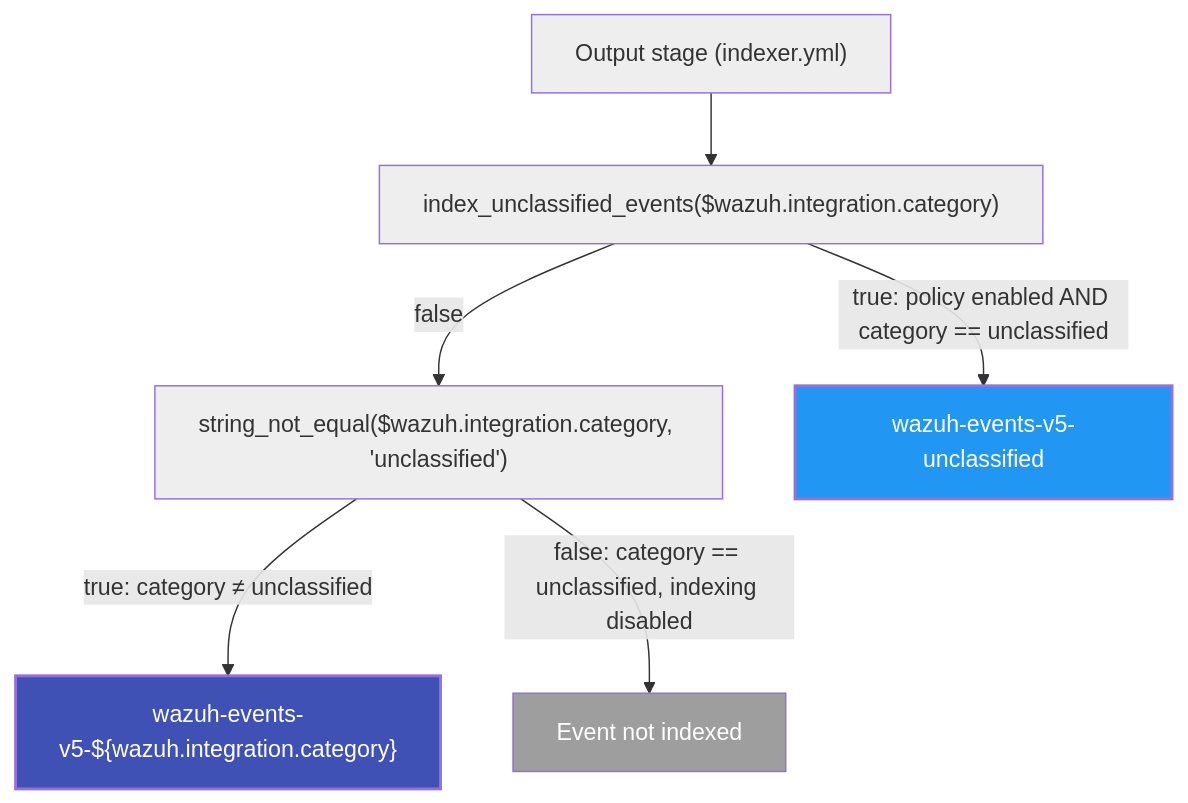
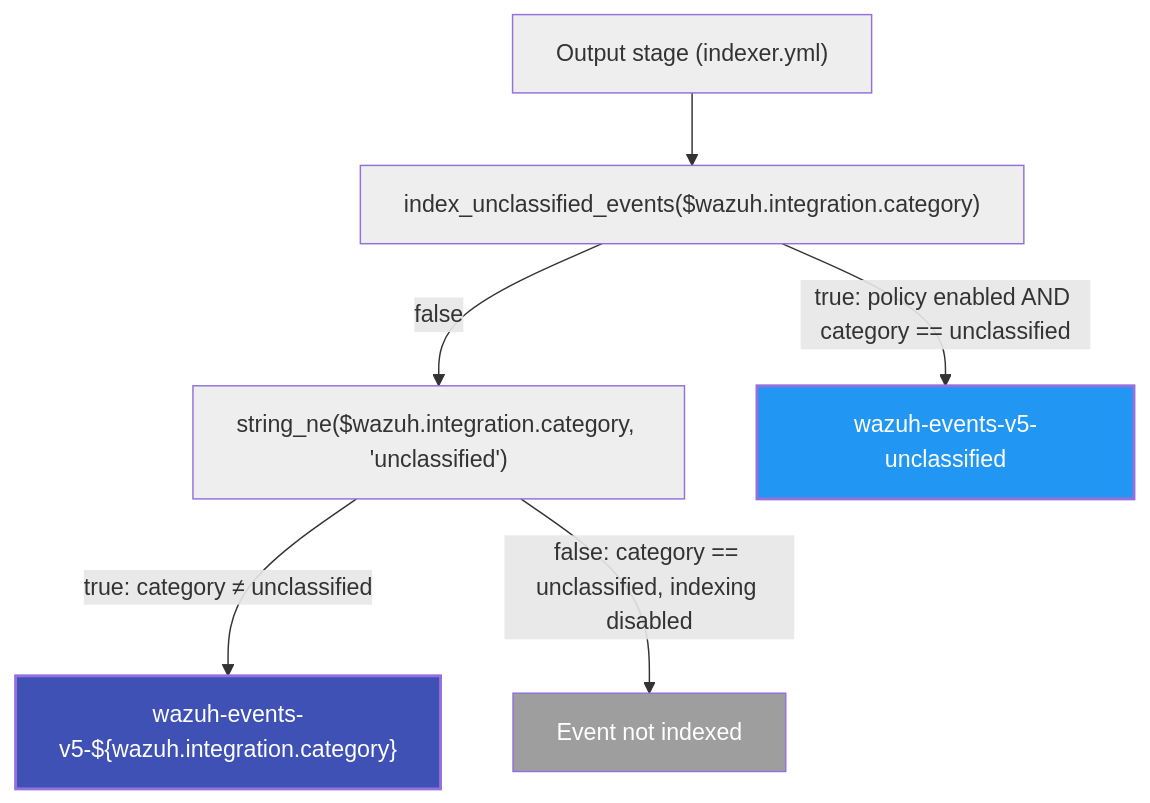
One commit to wazuh/wazuh changed diagram 13 of 20 in docs/ref/modules/engine/README.md. Above: the diagram before and after it, drawn with Mermaid. The commit also changed other lines of this file and 301 other files, not shown here.

````diff
--- a/docs/ref/modules/engine/README.md
+++ b/docs/ref/modules/engine/README.md
@@ -905,21 +905,21 @@
 ```mermaid
 flowchart TD
 
 classDef cond fill:#eeeeee,stroke-width:1px
 classDef yes fill:#2196f3,stroke-width:2px,color:#fff
 classDef alt fill:#3f51b5,stroke-width:2px,color:#fff
 classDef skip fill:#9e9e9e,stroke-width:1px,color:#fff
 
 start["Output stage (indexer.yml)"]:::cond
 check1["index_unclassified_events($wazuh.integration.category)"]:::cond
-check2["string_not_equal($wazuh.integration.category, 'unclassified')"]:::cond
+check2["string_ne($wazuh.integration.category, 'unclassified')"]:::cond
 unclassified["wazuh-events-v5-unclassified"]:::yes
 classified["wazuh-events-v5-${wazuh.integration.category}"]:::alt
 dropped["Event not indexed"]:::skip
 
 start --> check1
 check1 -->|"true: policy enabled AND category == unclassified"| unclassified
 check1 -->|"false"| check2
 check2 -->|"true: category ≠ unclassified"| classified
 check2 -->|"false: category == unclassified, indexing disabled"| dropped
 ```
````
